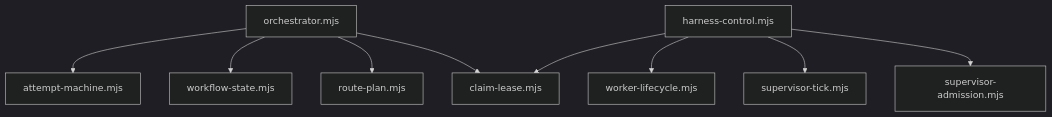
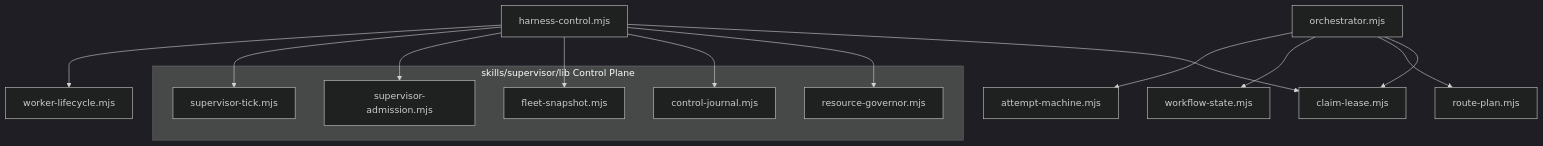
One commit to vinicius91carvalho/harness-engineering changed the second of 2 diagrams in CONTEXT.md. Above: the diagram before and after it, drawn with Mermaid (dark theme). The commit also changed other lines of this file and 77 other files, not shown here.

First line of the commit message:
feat!: clean-break v3 control plane, installer scopes, and init lifecycle

````diff
--- a/CONTEXT.md
+++ b/CONTEXT.md
@@ -55,11 +55,21 @@
 ```mermaid
 flowchart TD
   orchestrator[orchestrator.mjs] --> attempt[attempt-machine.mjs]
   orchestrator --> workflowState[workflow-state.mjs]
   orchestrator --> routePlan[route-plan.mjs]
   orchestrator --> claimLease[claim-lease.mjs]
   harnessControl[harness-control.mjs] --> workerLifecycle[worker-lifecycle.mjs]
-  harnessControl --> supervisorTick[supervisor-tick.mjs]
-  harnessControl --> supervisorAdmission[supervisor-admission.mjs]
+  subgraph supervisorLib [skills/supervisor/lib Control Plane]
+    supervisorTick[supervisor-tick.mjs]
+    supervisorAdmission[supervisor-admission.mjs]
+    fleetSnapshot[fleet-snapshot.mjs]
+    controlJournal[control-journal.mjs]
+    resourceGovernor[resource-governor.mjs]
+  end
+  harnessControl --> supervisorTick
+  harnessControl --> supervisorAdmission
+  harnessControl --> fleetSnapshot
+  harnessControl --> controlJournal
+  harnessControl --> resourceGovernor
   harnessControl --> claimLease
 ```
````
